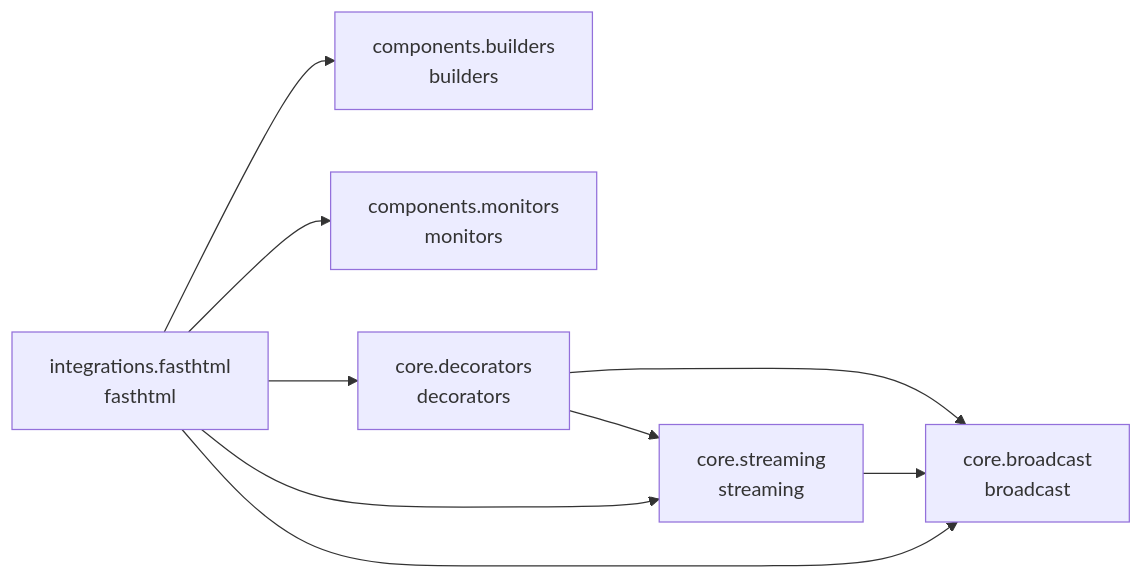
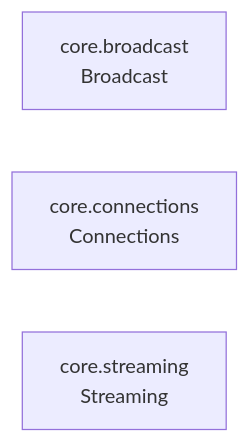
Before and after one commit to cj-mills/cjm-fasthtml-sse: the diagram in README.md, drawn with Mermaid. The commit also changed other lines of this file and 20 other files, not shown here.

````diff
--- a/README.md
+++ b/README.md
@@ -29,18 +24,6 @@
 ``` mermaid
 graph LR
-    components_builders[components.builders<br/>builders]
-    components_monitors[components.monitors<br/>monitors]
-    core_broadcast[core.broadcast<br/>broadcast]
-    core_decorators[core.decorators<br/>decorators]
-    core_streaming[core.streaming<br/>streaming]
-    integrations_fasthtml[integrations.fasthtml<br/>fasthtml]
-
-    core_decorators --> core_streaming
-    core_decorators --> core_broadcast
-    core_streaming --> core_broadcast
-    integrations_fasthtml --> components_builders
-    integrations_fasthtml --> core_streaming
-    integrations_fasthtml --> core_decorators
-    integrations_fasthtml --> core_broadcast
-    integrations_fasthtml --> components_monitors
+    core_broadcast[core.broadcast<br/>Broadcast]
+    core_connections[core.connections<br/>Connections]
+    core_streaming[core.streaming<br/>Streaming]
 ```
````
